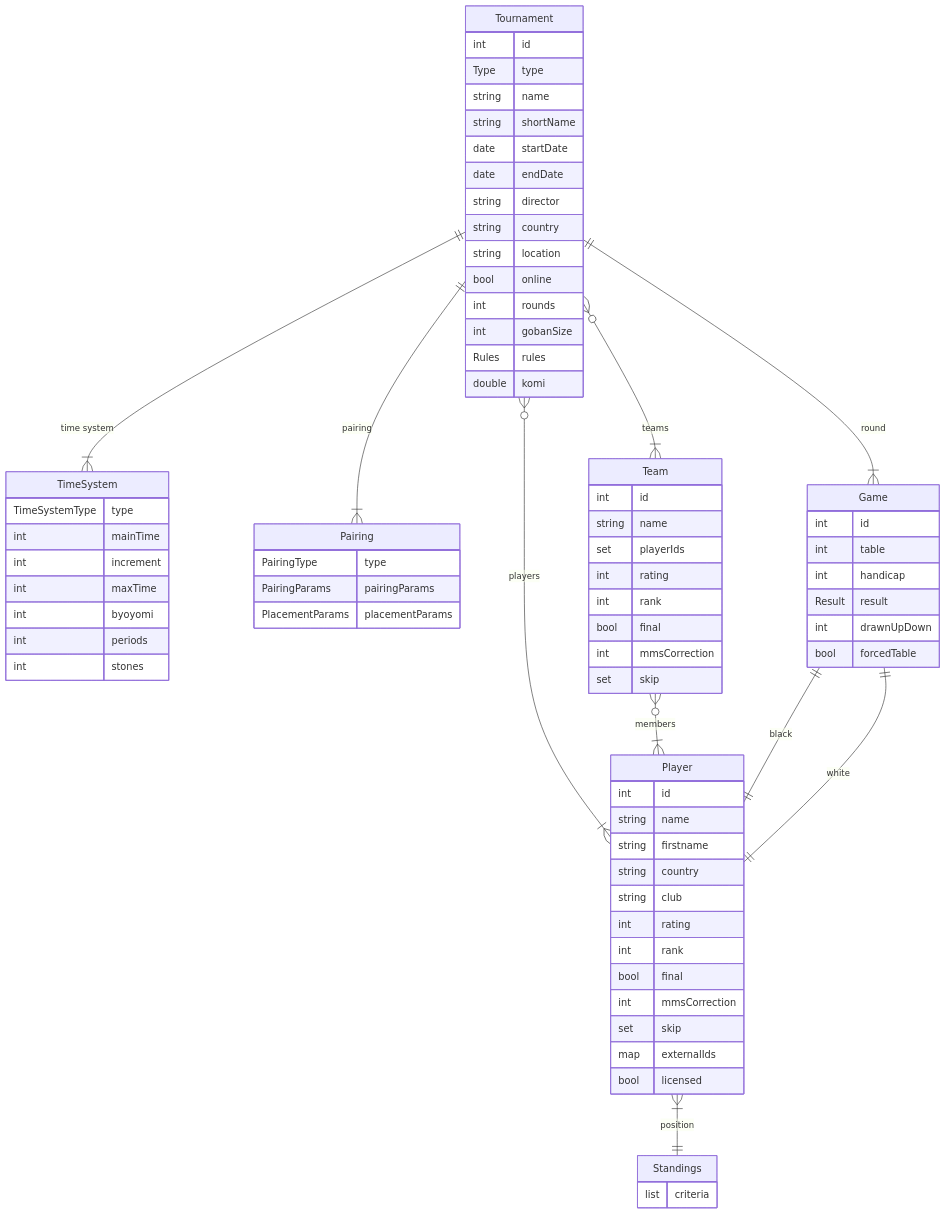
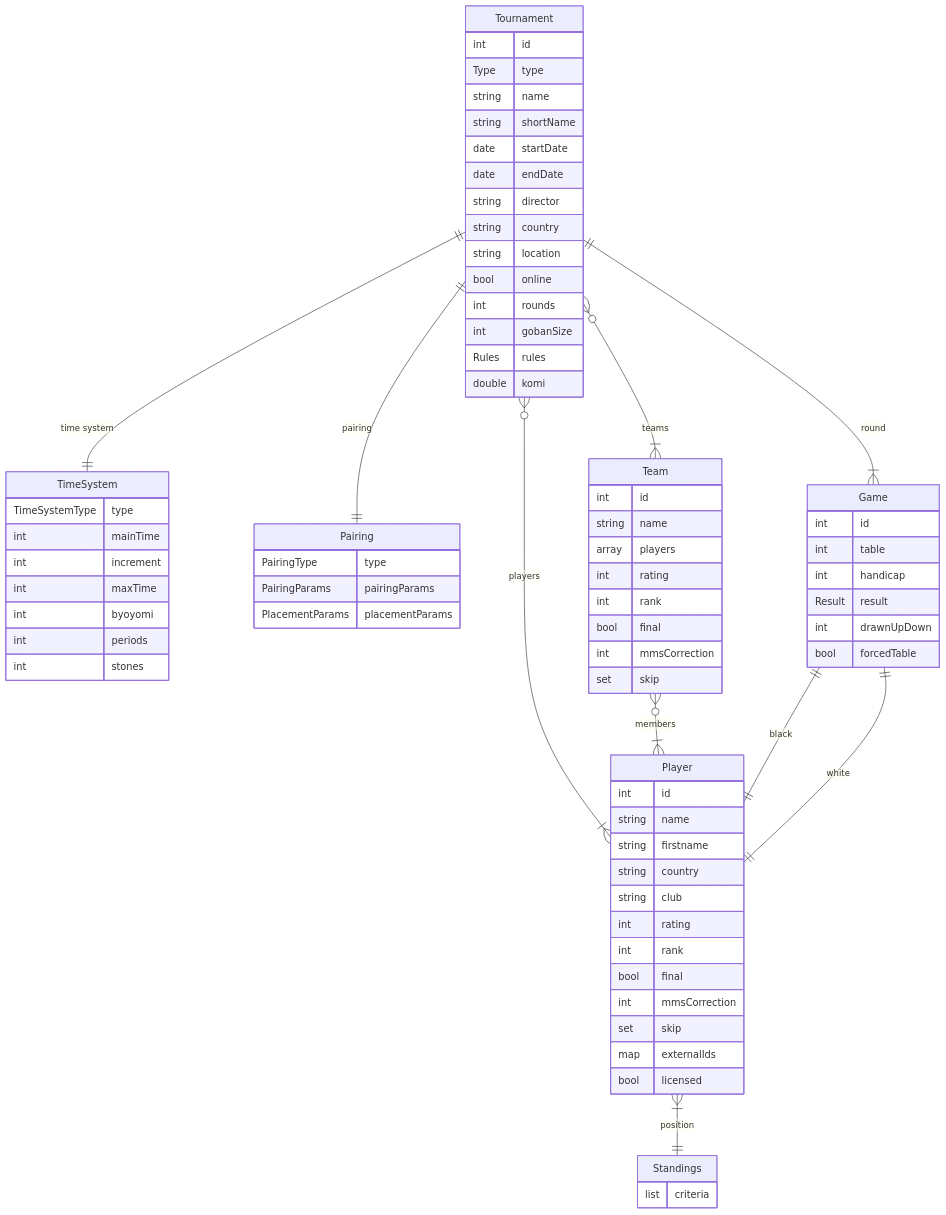
Before and after one commit to ffrgo/pairgoth: the diagram in doc/reference.md, drawn with Mermaid. The commit also changed other lines of this file and 17 other files, not shown here.

```diff
--- a/doc/reference.md
+++ b/doc/reference.md
@@ -73,7 +75,7 @@
   Team {
     int id
     string name
-    set playerIds
+    array players
     int rating
     int rank
     bool final
@@ -87,8 +89,8 @@
 
   %% relationships
 
-  Tournament ||--|{ TimeSystem: "time system"
-  Tournament ||--|{ Pairing: "pairing"
+  Tournament ||--|| TimeSystem: "time system"
+  Tournament ||--|| Pairing: "pairing"
   Tournament ||--|{ Game: "round"
   Tournament }o--|{ Player: "players"
   Tournament }o--|{ Team: "teams"
```
